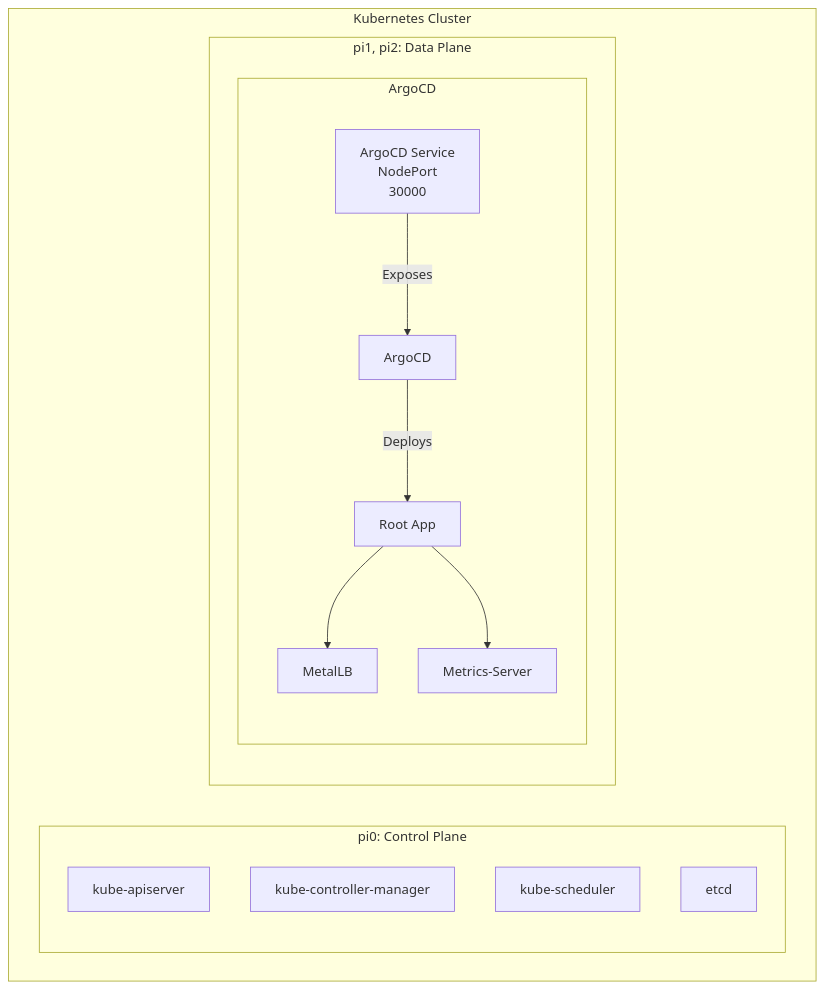
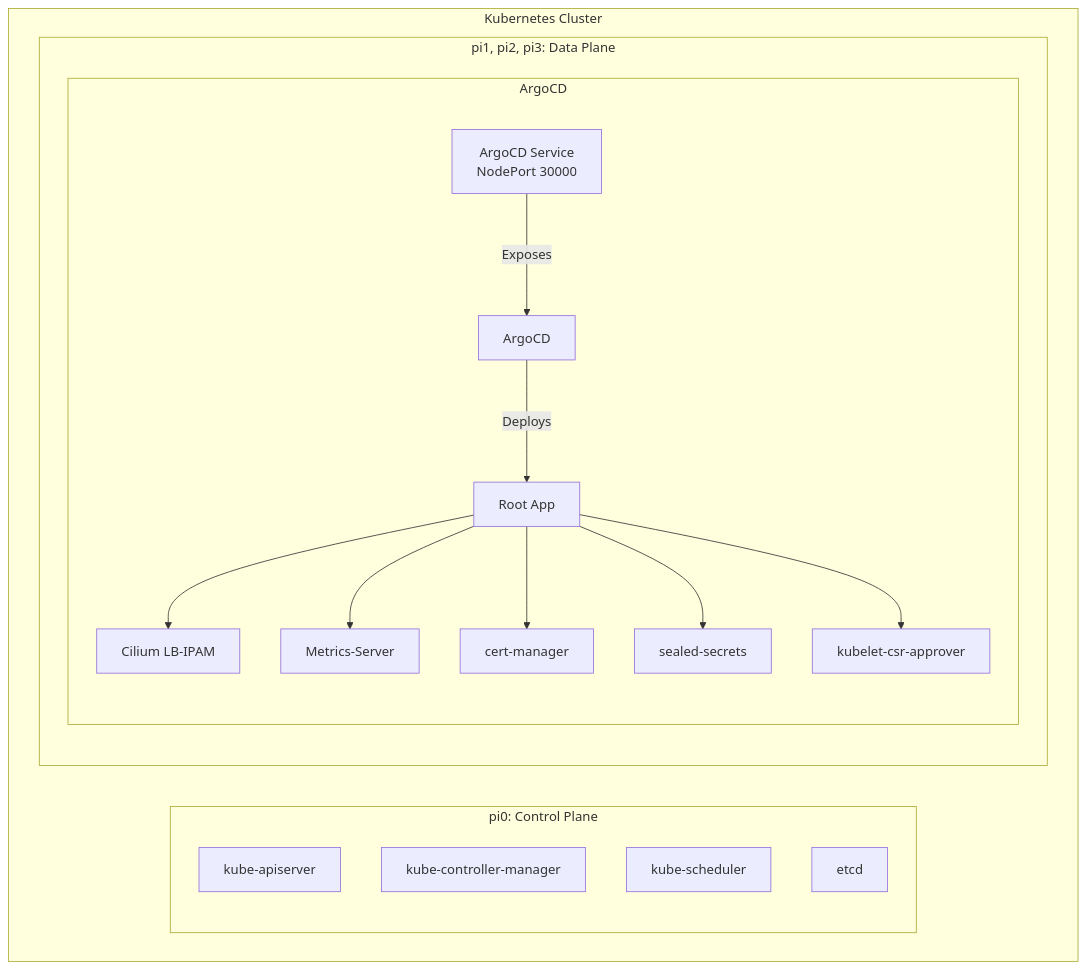
The first of 2 diagrams in README.md (jangroth/homekube-main), drawn with Mermaid before and after one commit. The commit also changed other lines of this file and 3 other files, not shown here.

````diff
--- a/README.md
+++ b/README.md
@@ -80,27 +80,32 @@
 ```mermaid
 graph TD
     subgraph Kubernetes Cluster
         subgraph ControlPlane [pi0: Control Plane]
             API[kube-apiserver]
             Cont_manager[kube-controller-manager]
             Scheduler[kube-scheduler]
             Etcd[etcd]
         end
-        
-        subgraph DataPlane [pi1, pi2: Data Plane]
+
+        subgraph DataPlane [pi1, pi2, pi3: Data Plane]
             subgraph NsArgo[ArgoCD]
                 argocd[ArgoCD]
-                argocd_svc[ArgoCD Service</br> NodePort</br> 30000]
+                argocd_svc[ArgoCD Service<br/>NodePort 30000]
                 aoa[Root App]
-                app1[MetalLB]
+                app1[Cilium LB-IPAM]
                 app2[Metrics-Server]
+                app3[cert-manager]
+                app4[sealed-secrets]
+                app5[kubelet-csr-approver]
             end
         end
     end
 
     argocd_svc -- Exposes --> argocd
     argocd -- Deploys --> aoa
     aoa --> app1
     aoa --> app2
-
+    aoa --> app3
+    aoa --> app4
+    aoa --> app5
 ```
````
